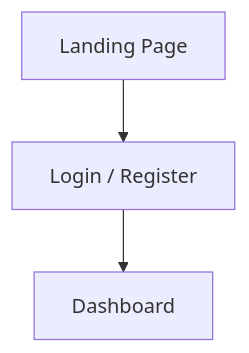
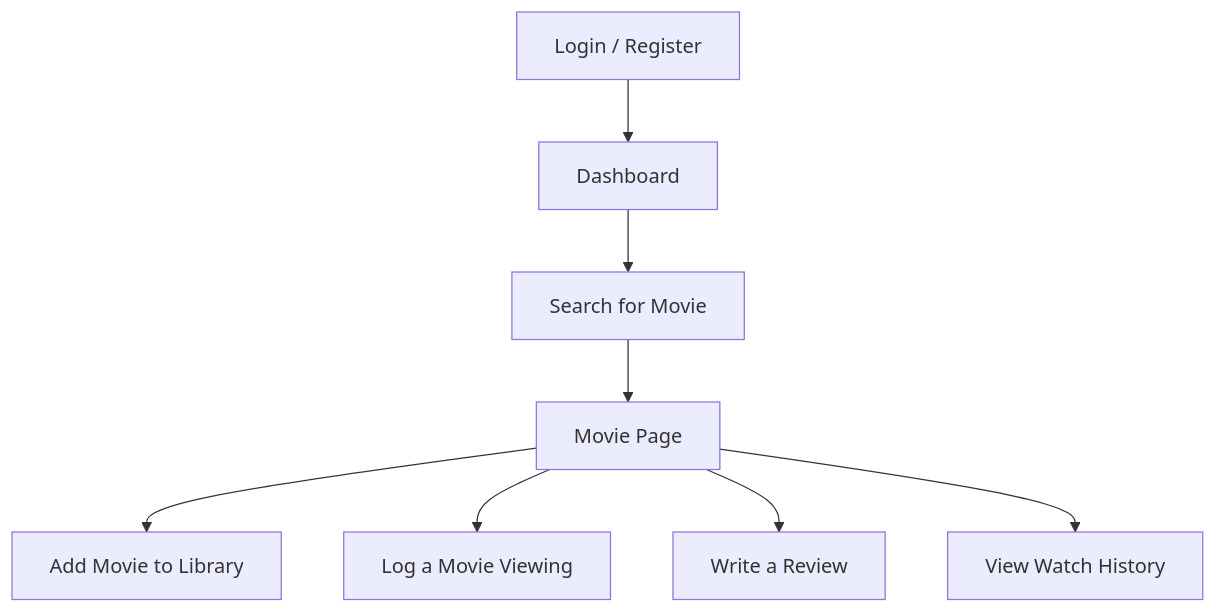
One commit to CampbellJGilpin/MovieLogger changed the second of 2 diagrams in README.md. Above: the diagram before and after it, drawn with Mermaid.

Commit message:
Updated User Journeys

````diff
--- a/README.md
+++ b/README.md
@@ -585,5 +585,10 @@
 ```mermaid
 flowchart TD
-A[Landing Page] --> B[Login / Register]
-B --> C[Dashboard]
+    A[Login / Register] --> B[Dashboard]
+    B --> C[Search for Movie]
+    C --> D[Movie Page]
+    D --> E[Add Movie to Library]
+    D --> F[Log a Movie Viewing]
+    D --> G[Write a Review]
+    D --> H[View Watch History]
 ```
````
